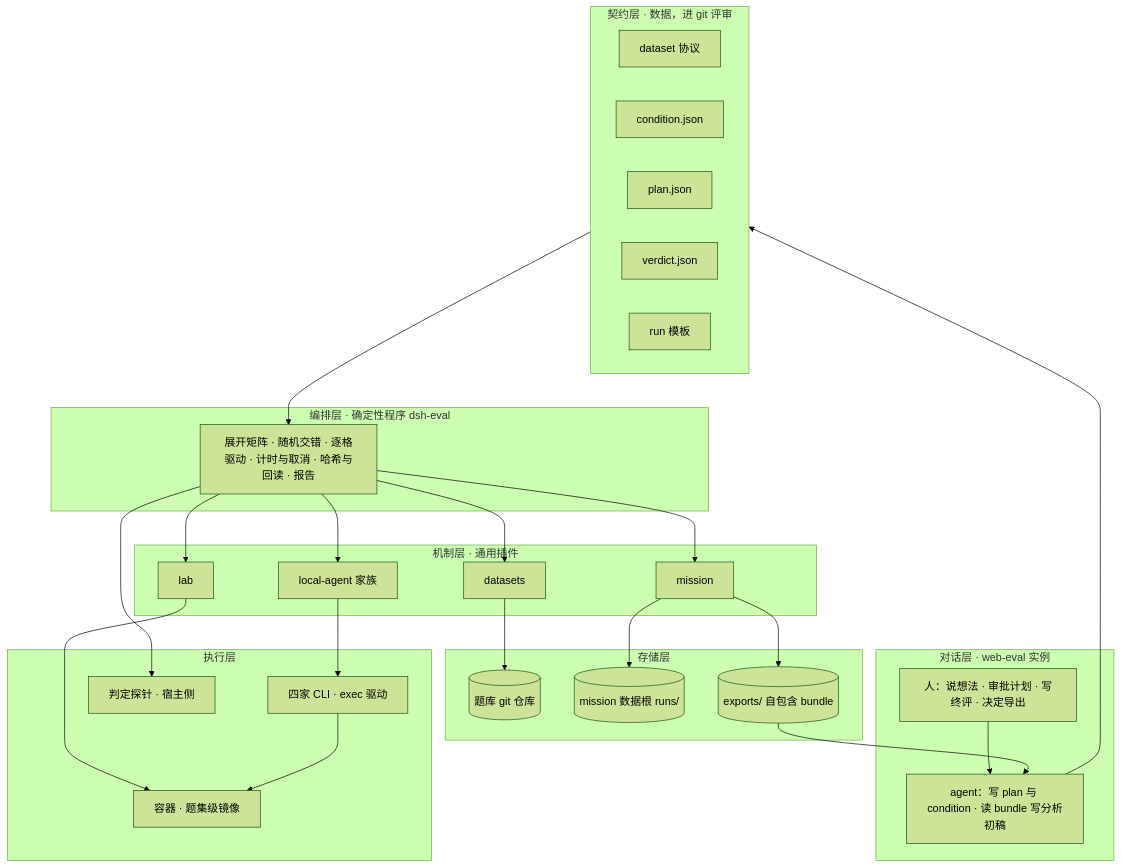
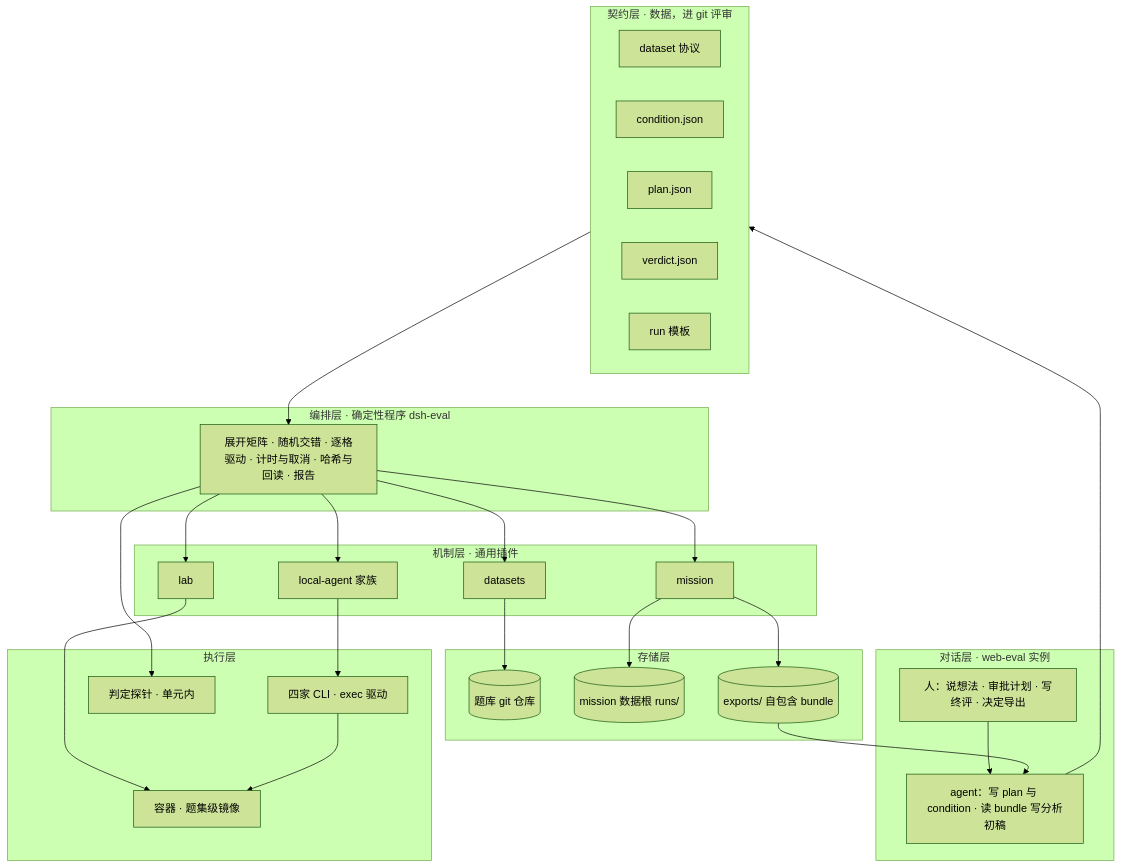
Before and after one commit to Khorsheed/dsh-plugins: the first of 2 diagrams in profiles/web-eval/README.md, drawn with Mermaid (forest theme). The commit also changed other lines of this file and 9 other files, not shown here.

````diff
--- a/profiles/web-eval/README.md
+++ b/profiles/web-eval/README.md
@@ -21,48 +21,48 @@
 ```mermaid
 flowchart TB
   subgraph L1[对话层 · web-eval 实例]
     H[人：说想法 · 审批计划 · 写终评 · 决定导出]
     A[agent：写 plan 与 condition · 读 bundle 写分析初稿]
   end
   subgraph L2[契约层 · 数据，进 git 评审]
     C1[dataset 协议]
     C2[condition.json]
     C3[plan.json]
     C4[verdict.json]
     C5[run 模板]
   end
   subgraph L3[编排层 · 确定性程序 dsh-eval]
     O[展开矩阵 · 随机交错 · 逐格驱动 · 计时与取消 · 哈希与回读 · 报告]
   end
   subgraph L4[机制层 · 通用插件]
     D[datasets]
     M[mission]
     LB[lab]
     LA[local-agent 家族]
   end
   subgraph L5[执行层]
     K[容器 · 题集级镜像]
     CLI[四家 CLI · exec 驱动]
-    V[判定探针 · 宿主侧]
+    V[判定探针 · 单元内]
   end
   subgraph L6[存储层]
     G[(题库 git 仓库)]
     R[(mission 数据根 runs/)]
     X[(exports/ 自包含 bundle)]
   end
   H --> A
   A --> L2
   L2 --> O
   O --> D
   O --> M
   O --> LB
   O --> LA
   O --> V
   D --> G
   M --> R
   LB --> K
   LA --> CLI
   CLI --> K
   M --> X
   X --> A
 ```
````
